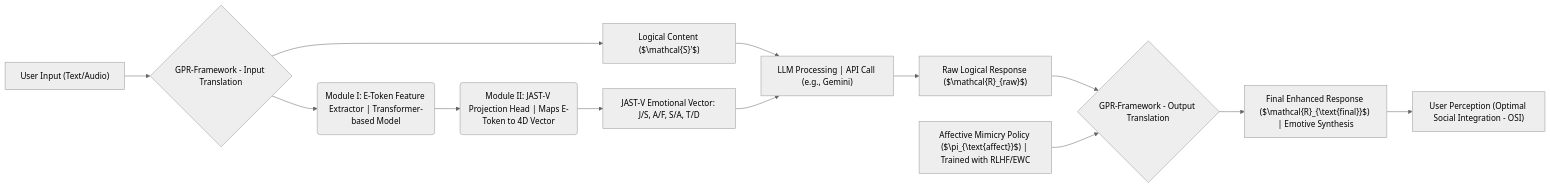
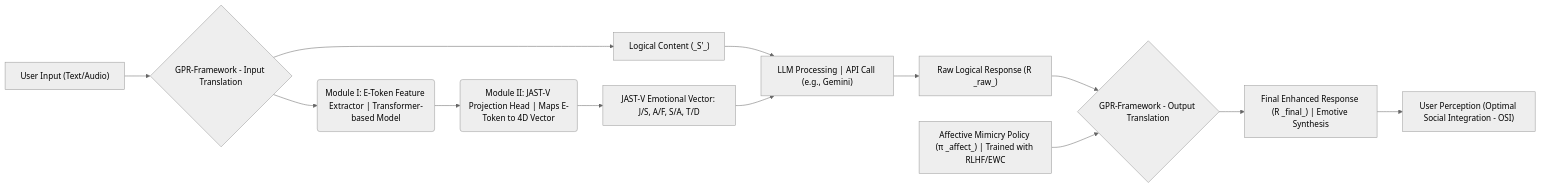
Before and after one commit to 76448-ORG/GPR-Protocol: the first of 3 diagrams in README.md, drawn with Mermaid (neutral theme). The commit also changed other lines of this file, not shown here.

````diff
--- a/README.md
+++ b/README.md
@@ -130,14 +130,14 @@
 ```mermaid
 graph LR;
     A["User Input (Text/Audio)"] --> B{"GPR-Framework - Input Translation"};
     B --> C("Module I: E-Token Feature Extractor | Transformer-based Model");
     C --> D("Module II: JAST-V Projection Head | Maps E-Token to 4D Vector");
     D --> E["JAST-V Emotional Vector: J/S, A/F, S/A, T/D"];
-    B --> F["Logical Content ($\mathcal{S}'$)"];
+    B --> F["Logical Content (_S'_)"];
     F & E --> G["LLM Processing | API Call (e.g., Gemini)"];
-    G --> H["Raw Logical Response ($\mathcal{R}_{raw}$)"];
+    G --> H["Raw Logical Response (R _raw_)"];
     H --> I{"GPR-Framework - Output Translation"};
-    J["Affective Mimicry Policy ($\pi_{\text{affect}}$) | Trained with RLHF/EWC"] --> I;
-    I --> K["Final Enhanced Response ($\mathcal{R}_{\text{final}}$) | Emotive Synthesis"];
+    J["Affective Mimicry Policy (π _affect_) | Trained with RLHF/EWC"] --> I;
+    I --> K["Final Enhanced Response (R _final_) | Emotive Synthesis"];
     K --> L["User Perception (Optimal Social Integration - OSI)"];
 ```
````
